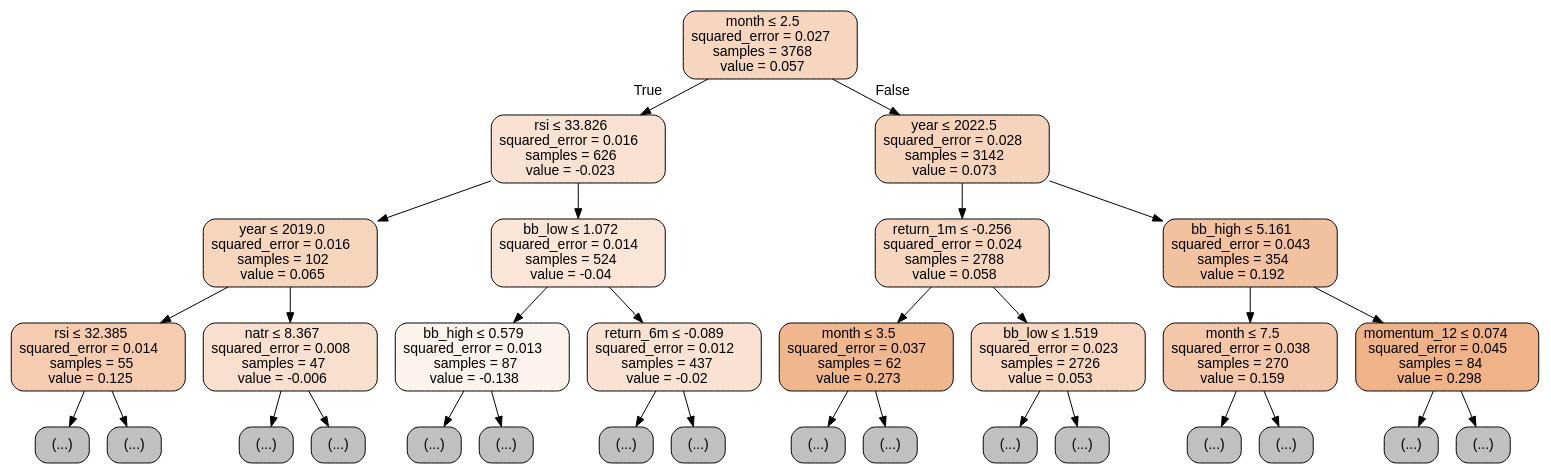
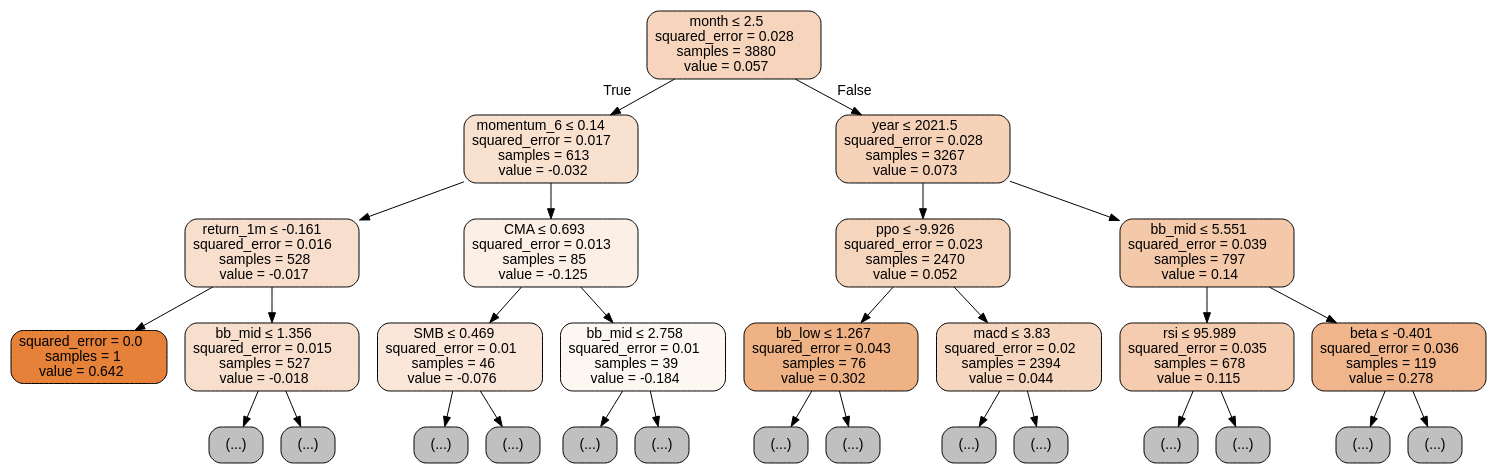
One commit to roboadvisor-fiuba/portfolio-predictor changed the diagram in notebooks/results/decision_trees/reg_tree.dot. Above: the diagram before and after it, drawn with Graphviz. The commit also changed 7 other files, not shown here.

```diff
--- a/notebooks/results/decision_trees/reg_tree.dot
+++ b/notebooks/results/decision_trees/reg_tree.dot
@@ -1,65 +1,61 @@
 digraph Tree {
 node [shape=box, style="filled, rounded", color="black", fontname="helvetica"] ;
 edge [fontname="helvetica"] ;
-0 [label=<month &le; 2.5<br/>squared_error = 0.027<br/>samples = 3768<br/>value = 0.057>, fillcolor="#f7d6bf"] ;
-1 [label=<rsi &le; 33.826<br/>squared_error = 0.016<br/>samples = 626<br/>value = -0.023>, fillcolor="#f9e2d2"] ;
+0 [label=<month &le; 2.5<br/>squared_error = 0.028<br/>samples = 3880<br/>value = 0.057>, fillcolor="#f6d5bc"] ;
+1 [label=<momentum_6 &le; 0.14<br/>squared_error = 0.017<br/>samples = 613<br/>value = -0.032>, fillcolor="#f9e1d0"] ;
 0 -> 1 [labeldistance=2.5, labelangle=45, headlabel="True"] ;
-2 [label=<year &le; 2019.0<br/>squared_error = 0.016<br/>samples = 102<br/>value = 0.065>, fillcolor="#f6d5bd"] ;
+2 [label=<return_1m &le; -0.161<br/>squared_error = 0.016<br/>samples = 528<br/>value = -0.017>, fillcolor="#f8dfcd"] ;
 1 -> 2 ;
-3 [label=<rsi &le; 32.385<br/>squared_error = 0.014<br/>samples = 55<br/>value = 0.125>, fillcolor="#f5ccaf"] ;
+3 [label=<squared_error = 0.0<br/>samples = 1<br/>value = 0.642>, fillcolor="#e58139"] ;
 2 -> 3 ;
-4 [label="(...)", fillcolor="#C0C0C0"] ;
-3 -> 4 ;
-7 [label="(...)", fillcolor="#C0C0C0"] ;
-3 -> 7 ;
-8 [label=<natr &le; 8.367<br/>squared_error = 0.008<br/>samples = 47<br/>value = -0.006>, fillcolor="#f9e0ce"] ;
-2 -> 8 ;
-9 [label="(...)", fillcolor="#C0C0C0"] ;
-8 -> 9 ;
-12 [label="(...)", fillcolor="#C0C0C0"] ;
-8 -> 12 ;
-15 [label=<bb_low &le; 1.072<br/>squared_error = 0.014<br/>samples = 524<br/>value = -0.04>, fillcolor="#fae5d6"] ;
-1 -> 15 ;
-16 [label=<bb_high &le; 0.579<br/>squared_error = 0.013<br/>samples = 87<br/>value = -0.138>, fillcolor="#fdf3ed"] ;
-15 -> 16 ;
-17 [label="(...)", fillcolor="#C0C0C0"] ;
-16 -> 17 ;
+4 [label=<bb_mid &le; 1.356<br/>squared_error = 0.015<br/>samples = 527<br/>value = -0.018>, fillcolor="#f8dfcd"] ;
+2 -> 4 ;
+5 [label="(...)", fillcolor="#C0C0C0"] ;
+4 -> 5 ;
+8 [label="(...)", fillcolor="#C0C0C0"] ;
+4 -> 8 ;
+11 [label=<CMA &le; 0.693<br/>squared_error = 0.013<br/>samples = 85<br/>value = -0.125>, fillcolor="#fcefe5"] ;
+1 -> 11 ;
+12 [label=<SMB &le; 0.469<br/>squared_error = 0.01<br/>samples = 46<br/>value = -0.076>, fillcolor="#fae7da"] ;
+11 -> 12 ;
+13 [label="(...)", fillcolor="#C0C0C0"] ;
+12 -> 13 ;
+16 [label="(...)", fillcolor="#C0C0C0"] ;
+12 -> 16 ;
+19 [label=<bb_mid &le; 2.758<br/>squared_error = 0.01<br/>samples = 39<br/>value = -0.184>, fillcolor="#fdf7f2"] ;
+11 -> 19 ;
 20 [label="(...)", fillcolor="#C0C0C0"] ;
-16 -> 20 ;
-23 [label=<return_6m &le; -0.089<br/>squared_error = 0.012<br/>samples = 437<br/>value = -0.02>, fillcolor="#f9e2d1"] ;
-15 -> 23 ;
-24 [label="(...)", fillcolor="#C0C0C0"] ;
-23 -> 24 ;
-25 [label="(...)", fillcolor="#C0C0C0"] ;
-23 -> 25 ;
-28 [label=<year &le; 2022.5<br/>squared_error = 0.028<br/>samples = 3142<br/>value = 0.073>, fillcolor="#f6d4bb"] ;
-0 -> 28 [labeldistance=2.5, labelangle=-45, headlabel="False"] ;
-29 [label=<return_1m &le; -0.256<br/>squared_error = 0.024<br/>samples = 2788<br/>value = 0.058>, fillcolor="#f7d6bf"] ;
+19 -> 20 ;
+23 [label="(...)", fillcolor="#C0C0C0"] ;
+19 -> 23 ;
+26 [label=<year &le; 2021.5<br/>squared_error = 0.028<br/>samples = 3267<br/>value = 0.073>, fillcolor="#f6d2b9"] ;
+0 -> 26 [labeldistance=2.5, labelangle=-45, headlabel="False"] ;
+27 [label=<ppo &le; -9.926<br/>squared_error = 0.023<br/>samples = 2470<br/>value = 0.052>, fillcolor="#f6d5bd"] ;
+26 -> 27 ;
+28 [label=<bb_low &le; 1.267<br/>squared_error = 0.043<br/>samples = 76<br/>value = 0.302>, fillcolor="#efb285"] ;
+27 -> 28 ;
+29 [label="(...)", fillcolor="#C0C0C0"] ;
 28 -> 29 ;
-30 [label=<month &le; 3.5<br/>squared_error = 0.037<br/>samples = 62<br/>value = 0.273>, fillcolor="#f0b68d"] ;
-29 -> 30 ;
-31 [label="(...)", fillcolor="#C0C0C0"] ;
-30 -> 31 ;
-34 [label="(...)", fillcolor="#C0C0C0"] ;
-30 -> 34 ;
-37 [label=<bb_low &le; 1.519<br/>squared_error = 0.023<br/>samples = 2726<br/>value = 0.053>, fillcolor="#f7d7c0"] ;
-29 -> 37 ;
-38 [label="(...)", fillcolor="#C0C0C0"] ;
-37 -> 38 ;
-41 [label="(...)", fillcolor="#C0C0C0"] ;
-37 -> 41 ;
-44 [label=<bb_high &le; 5.161<br/>squared_error = 0.043<br/>samples = 354<br/>value = 0.192>, fillcolor="#f2c2a0"] ;
-28 -> 44 ;
-45 [label=<month &le; 7.5<br/>squared_error = 0.038<br/>samples = 270<br/>value = 0.159>, fillcolor="#f3c7a7"] ;
-44 -> 45 ;
-46 [label="(...)", fillcolor="#C0C0C0"] ;
-45 -> 46 ;
-49 [label="(...)", fillcolor="#C0C0C0"] ;
-45 -> 49 ;
-52 [label=<momentum_12 &le; 0.074<br/>squared_error = 0.045<br/>samples = 84<br/>value = 0.298>, fillcolor="#efb387"] ;
-44 -> 52 ;
-53 [label="(...)", fillcolor="#C0C0C0"] ;
-52 -> 53 ;
-56 [label="(...)", fillcolor="#C0C0C0"] ;
-52 -> 56 ;
+32 [label="(...)", fillcolor="#C0C0C0"] ;
+28 -> 32 ;
+35 [label=<macd &le; 3.83<br/>squared_error = 0.02<br/>samples = 2394<br/>value = 0.044>, fillcolor="#f7d6bf"] ;
+27 -> 35 ;
+36 [label="(...)", fillcolor="#C0C0C0"] ;
+35 -> 36 ;
+39 [label="(...)", fillcolor="#C0C0C0"] ;
+35 -> 39 ;
+42 [label=<bb_mid &le; 5.551<br/>squared_error = 0.039<br/>samples = 797<br/>value = 0.14>, fillcolor="#f4c9aa"] ;
+26 -> 42 ;
+43 [label=<rsi &le; 95.989<br/>squared_error = 0.035<br/>samples = 678<br/>value = 0.115>, fillcolor="#f5ccaf"] ;
+42 -> 43 ;
+44 [label="(...)", fillcolor="#C0C0C0"] ;
+43 -> 44 ;
+47 [label="(...)", fillcolor="#C0C0C0"] ;
+43 -> 47 ;
+50 [label=<beta &le; -0.401<br/>squared_error = 0.036<br/>samples = 119<br/>value = 0.278>, fillcolor="#f0b58b"] ;
+42 -> 50 ;
+51 [label="(...)", fillcolor="#C0C0C0"] ;
+50 -> 51 ;
+54 [label="(...)", fillcolor="#C0C0C0"] ;
+50 -> 54 ;
 }
```
